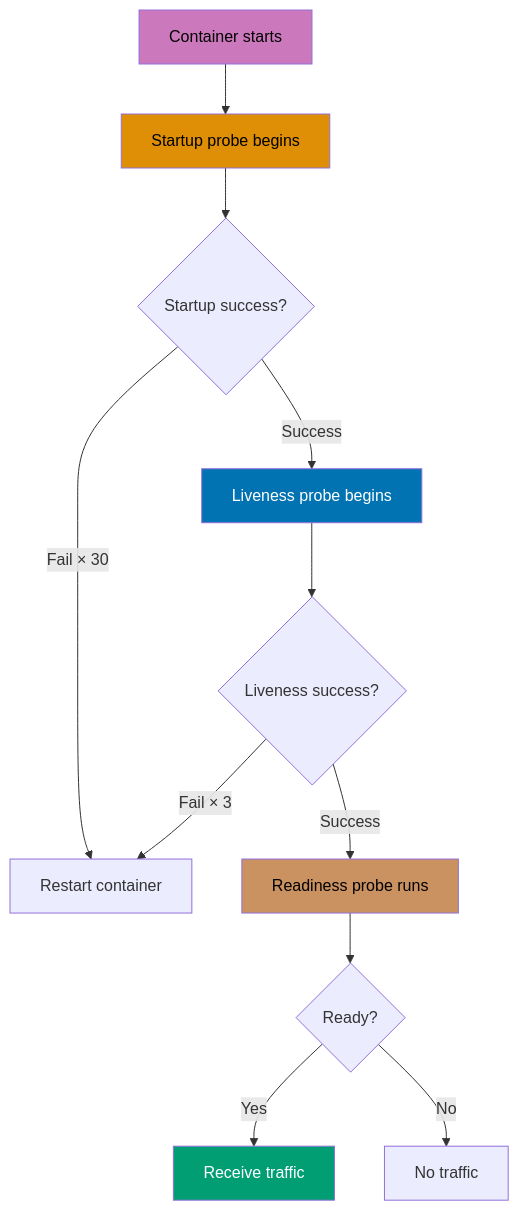
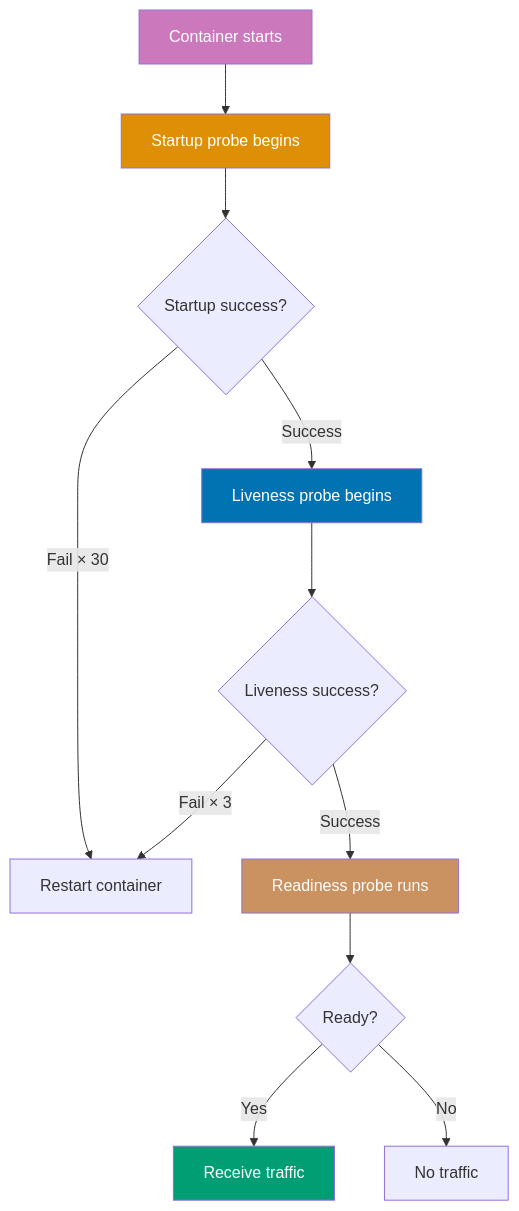
Diagram 12 of 12 in apps/ayokoding-web/content/en/learn/software-engineering/infrastructure/tools/kubernetes/by-example/intermediate.md (wahidyankf/open-sharia-enterprise), drawn with Mermaid before and after one commit. The commit also changed other lines of this file and 61 other files, not shown here.

First line of the commit message:
fix(ayokoding-web): quote Mermaid node labels with special characters in Example 63

````diff
--- a/apps/ayokoding-web/content/en/learn/software-engineering/infrastructure/tools/kubernetes/by-example/intermediate.md
+++ b/apps/ayokoding-web/content/en/learn/software-engineering/infrastructure/tools/kubernetes/by-example/intermediate.md
@@ -2327,20 +2327,20 @@
 ```mermaid
 %% Probe execution sequence
 graph TD
     A[Container starts] --> B[Startup probe begins]
     B --> C{Startup success?}
     C -->|Fail × 30| D[Restart container]
     C -->|Success| E[Liveness probe begins]
     E --> F{Liveness success?}
     F -->|Fail × 3| D
     F -->|Success| G[Readiness probe runs]
     G --> H{Ready?}
     H -->|Yes| I[Receive traffic]
     H -->|No| J[No traffic]
 
-    style A fill:#CC78BC,color:#000
-    style B fill:#DE8F05,color:#000
+    style A fill:#CC78BC,color:#fff
+    style B fill:#DE8F05,color:#fff
     style E fill:#0173B2,color:#fff
-    style G fill:#CA9161,color:#000
+    style G fill:#CA9161,color:#fff
     style I fill:#029E73,color:#fff
 ```
````
